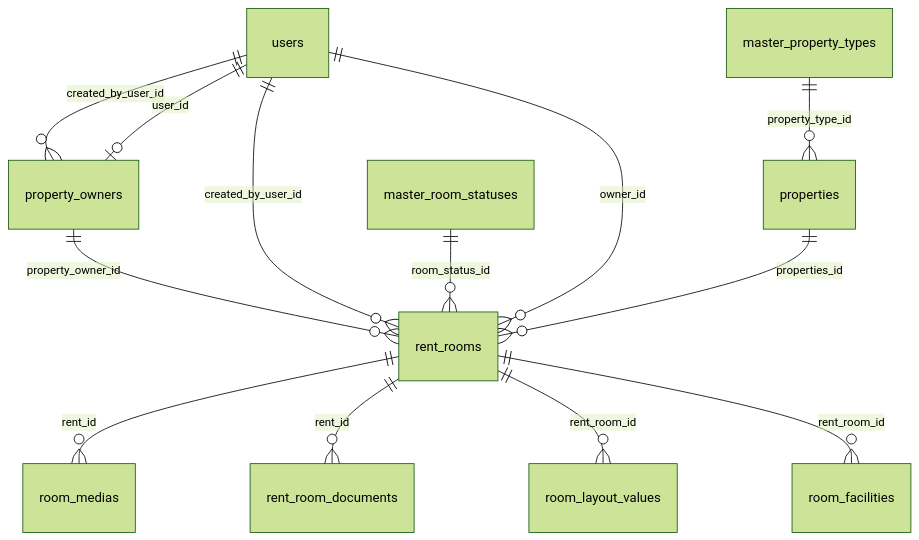
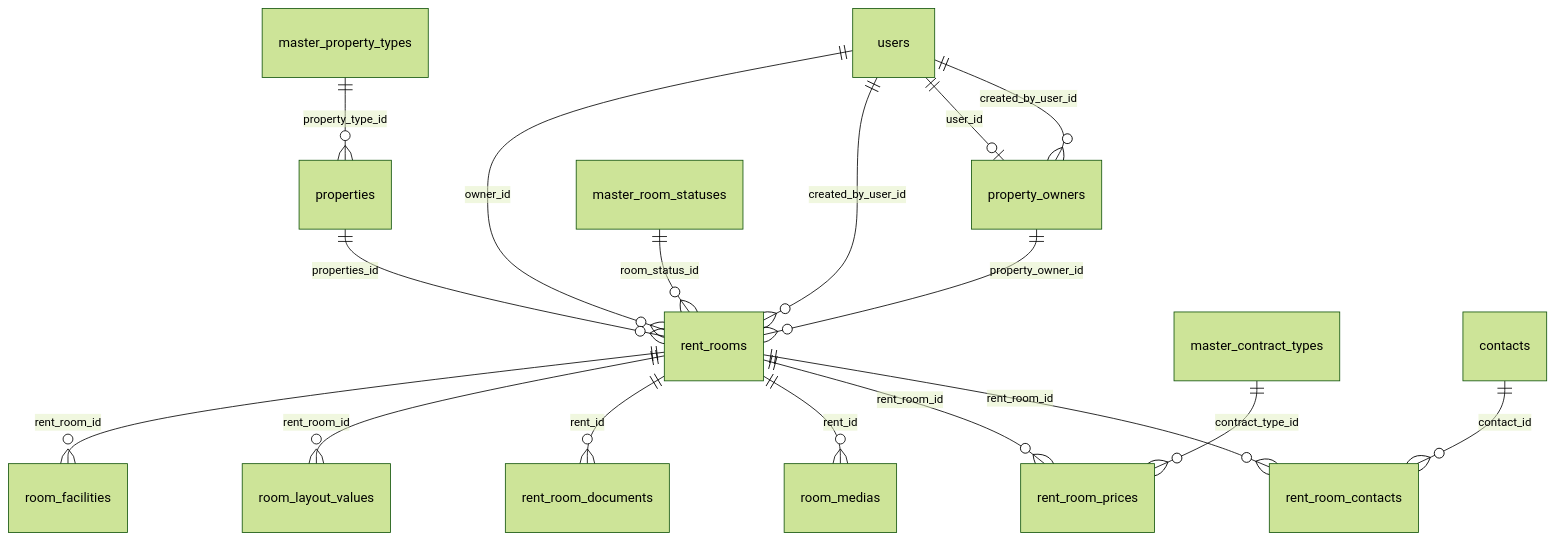
One commit to JitsamritPT/NESTYK changed the diagram in docs/new-project/agent/create-room/database.md. Above: the diagram before and after it, drawn with Mermaid (forest theme). The commit also changed other lines of this file and 24 other files, not shown here.

Commit message:
JOM | Update create room flow

````diff
--- a/docs/new-project/agent/create-room/database.md
+++ b/docs/new-project/agent/create-room/database.md
@@ -14,17 +14,21 @@
 ```mermaid
 erDiagram
     users ||--o{ property_owners : created_by_user_id
     users ||--o| property_owners : user_id
     users ||--o{ rent_rooms : created_by_user_id
     users ||--o{ rent_rooms : owner_id
 
     properties ||--o{ rent_rooms : properties_id
     master_property_types ||--o{ properties : property_type_id
+    master_contract_types ||--o{ rent_room_prices : contract_type_id
+    contacts ||--o{ rent_room_contacts : contact_id
+    rent_rooms ||--o{ rent_room_contacts : rent_room_id
+    rent_rooms ||--o{ rent_room_prices : rent_room_id
     property_owners ||--o{ rent_rooms : property_owner_id
     master_room_statuses ||--o{ rent_rooms : room_status_id
 
     rent_rooms ||--o{ room_medias : rent_id
     rent_rooms ||--o{ rent_room_documents : rent_id
     rent_rooms ||--o{ room_layout_values : rent_room_id
     rent_rooms ||--o{ room_facilities : rent_room_id
 ```
````
